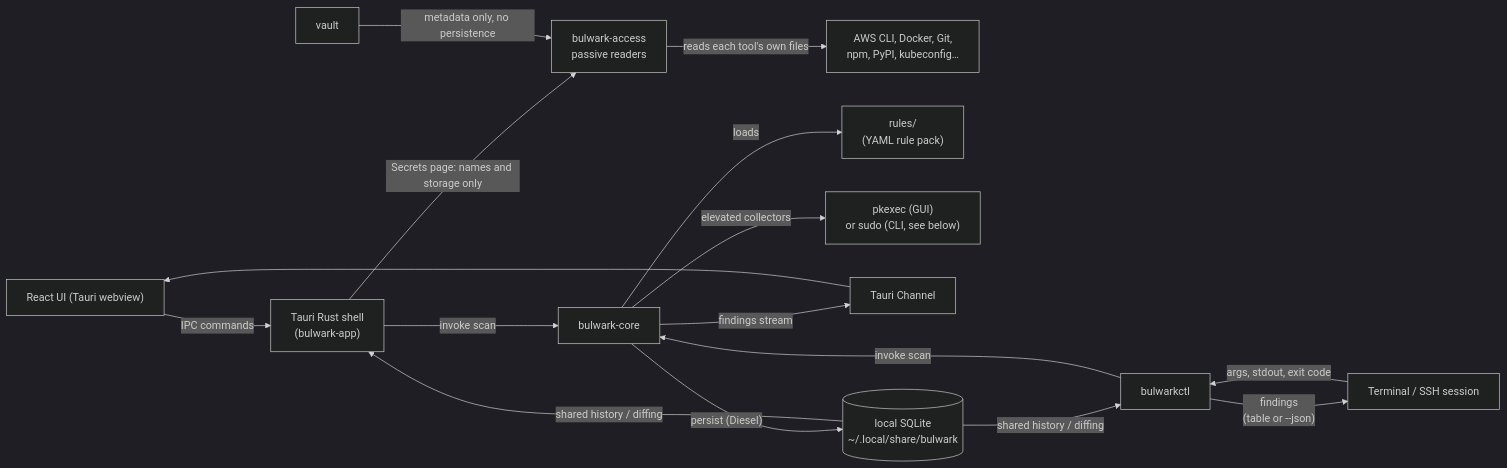
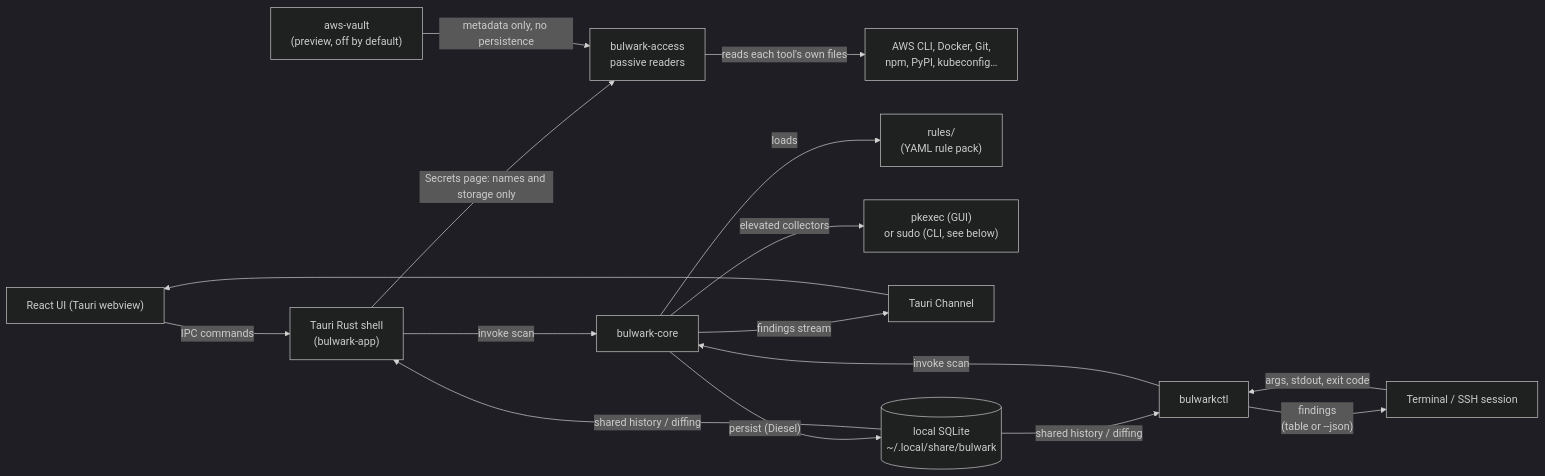
The second of 9 diagrams in docs/guide/architecture.md (vietanhdev/bulwark), drawn with Mermaid (dark theme) before and after one commit. The commit also changed other lines of this file and 28 other files, not shown here.

First line of the commit message:
docs: correct stale counts and behaviour, load diagrams only where a page has one

````diff
--- a/docs/guide/architecture.md
+++ b/docs/guide/architecture.md
@@ -101,18 +101,18 @@
 ```mermaid
 flowchart LR
   ui["React UI (Tauri webview)"] -->|"IPC commands"| shell["Tauri Rust shell<br/>(bulwark-app)"]
   term["Terminal / SSH session"] -->|"args, stdout, exit code"| cli["bulwarkctl"]
   shell -->|"Secrets page: names and storage only"| access["bulwark-access<br/>passive readers"]
   access -->|"reads each tool's own files"| stores["AWS CLI, Docker, Git,<br/>npm, PyPI, kubeconfig…"]
-  vault -->|"metadata only, no persistence"| access
+  vault["aws-vault<br/>(preview, off by default)"] -->|"metadata only, no persistence"| access
   shell -->|"invoke scan"| core["bulwark-core"]
   cli -->|"invoke scan"| core
   core -->|"loads"| rules["rules/<br/>(YAML rule pack)"]
   core -->|"elevated collectors"| pkexec["pkexec (GUI)<br/>or sudo (CLI, see below)"]
   core -->|"findings stream"| channel["Tauri Channel"]
   channel --> ui
   cli -->|"findings<br/>(table or --json)"| term
   core -->|"persist (Diesel)"| db[("local SQLite<br/>~/.local/share/bulwark")]
   db -->|"shared history / diffing"| shell
   db -->|"shared history / diffing"| cli
 ```
````
